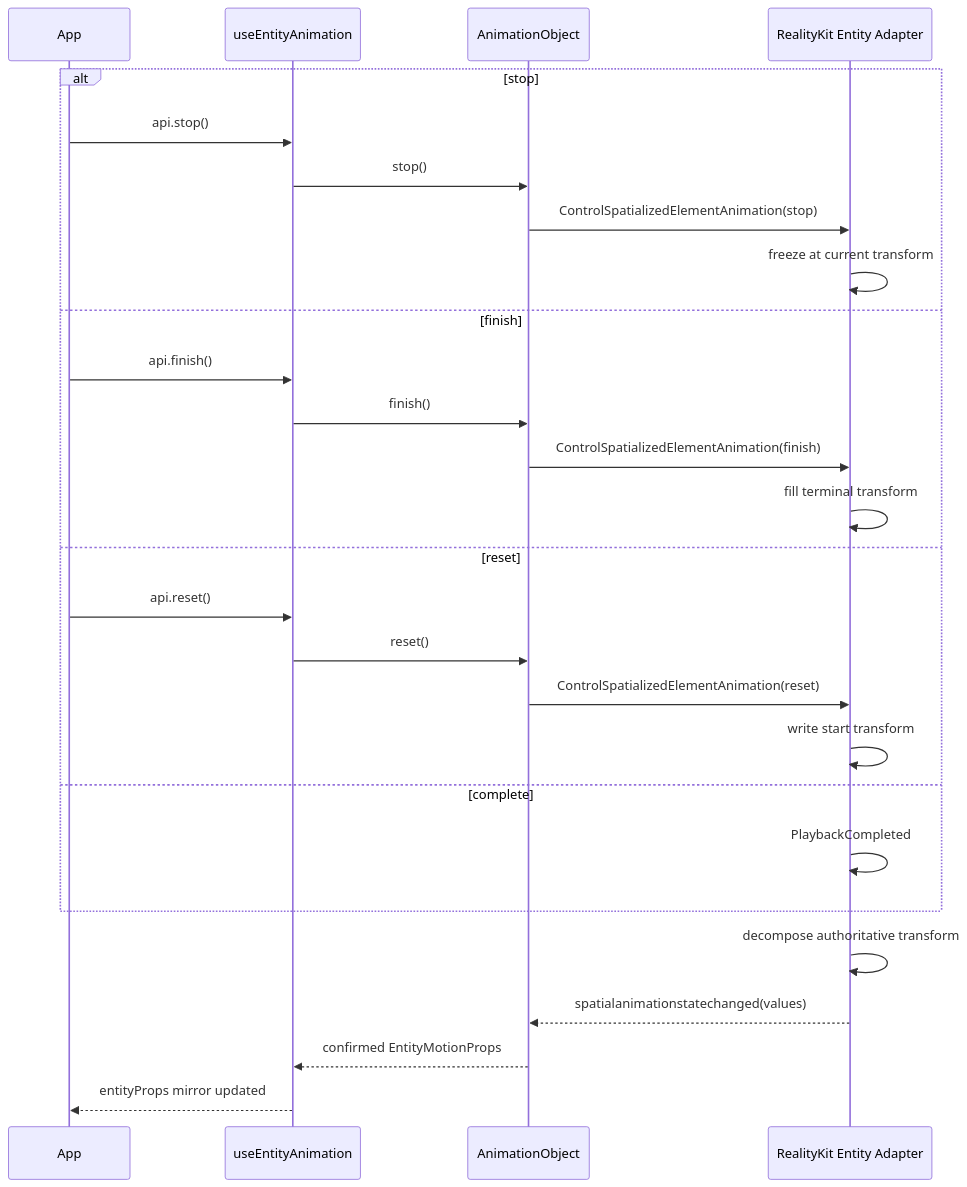
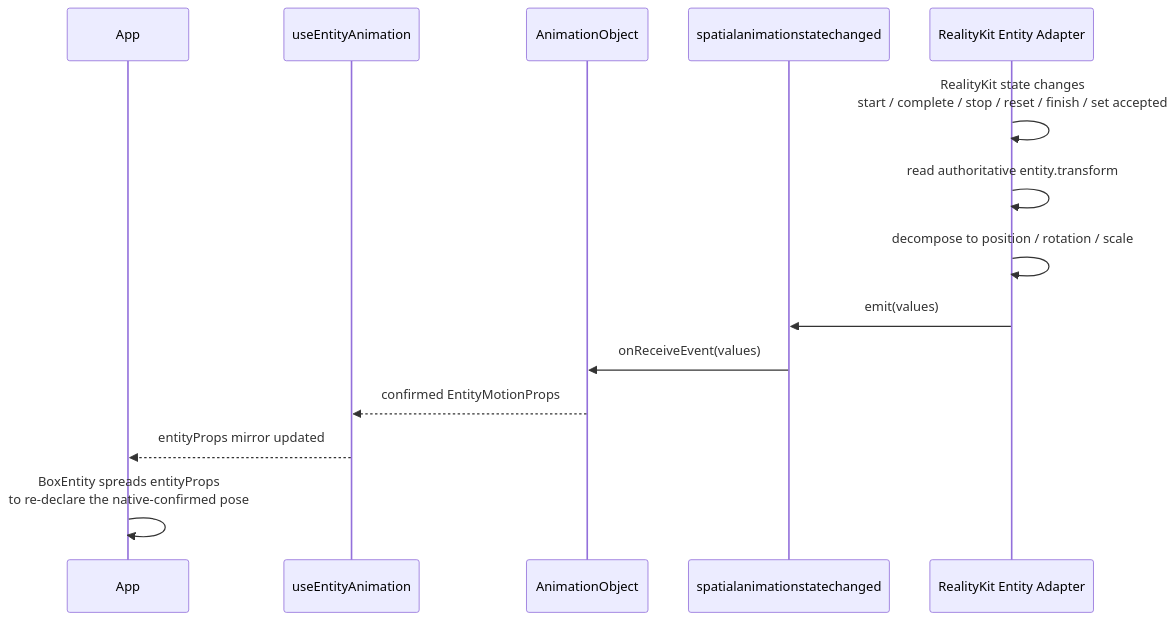
The second of 5 diagrams in openspec/changes/redesign-entity-motion-api/design.md (webspatial/webspatial-sdk), drawn with Mermaid before and after one commit. The commit also changed other lines of this file and 1 other file, not shown here.

````diff
--- a/openspec/changes/redesign-entity-motion-api/design.md
+++ b/openspec/changes/redesign-entity-motion-api/design.md
@@ -403,30 +224,17 @@
 ```mermaid
 sequenceDiagram
     participant App
     participant Hook as useEntityAnimation
     participant Obj as AnimationObject
+    participant Event as spatialanimationstatechanged
     participant Native as RealityKit Entity Adapter
 
-    alt stop
-        App->>Hook: api.stop()
-        Hook->>Obj: stop()
-        Obj->>Native: ControlSpatializedElementAnimation(stop)
-        Native->>Native: freeze at current transform
-    else finish
-        App->>Hook: api.finish()
-        Hook->>Obj: finish()
-        Obj->>Native: ControlSpatializedElementAnimation(finish)
-        Native->>Native: fill terminal transform
-    else reset
-        App->>Hook: api.reset()
-        Hook->>Obj: reset()
-        Obj->>Native: ControlSpatializedElementAnimation(reset)
-        Native->>Native: write start transform
-    else complete
-        Native->>Native: PlaybackCompleted
-    end
-    Native->>Native: decompose authoritative transform
-    Native-->>Obj: spatialanimationstatechanged(values)
+    Native->>Native: RealityKit state changes<br/>start / complete / stop / reset / finish / set accepted
+    Native->>Native: read authoritative entity.transform
+    Native->>Native: decompose to position / rotation / scale
+    Native->>Event: emit(values)
+    Event->>Obj: onReceiveEvent(values)
     Obj-->>Hook: confirmed EntityMotionProps
     Hook-->>App: entityProps mirror updated
+    App->>App: BoxEntity spreads entityProps<br/>to re-declare the native-confirmed pose
 ```
````
